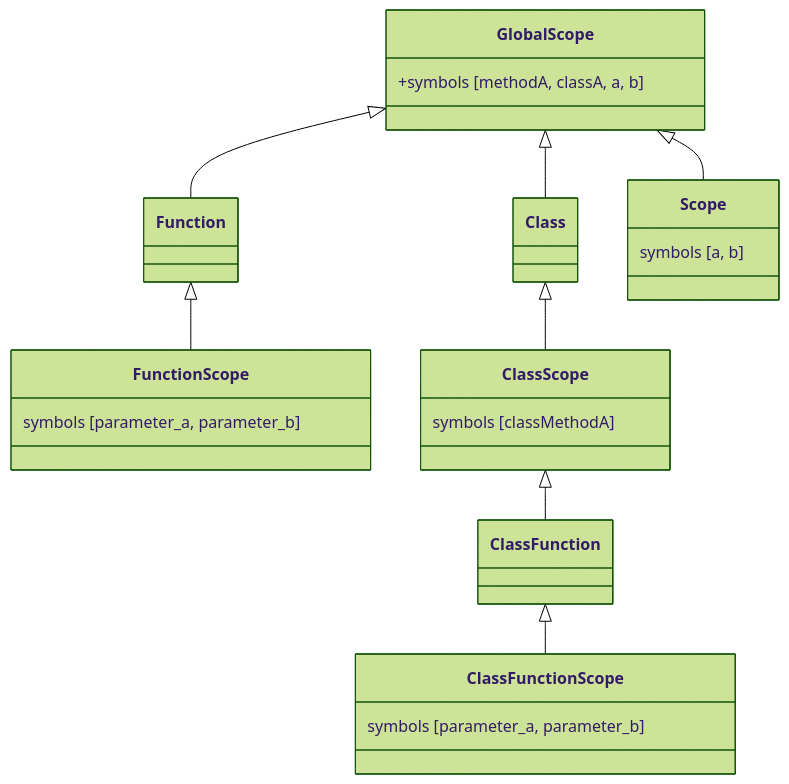
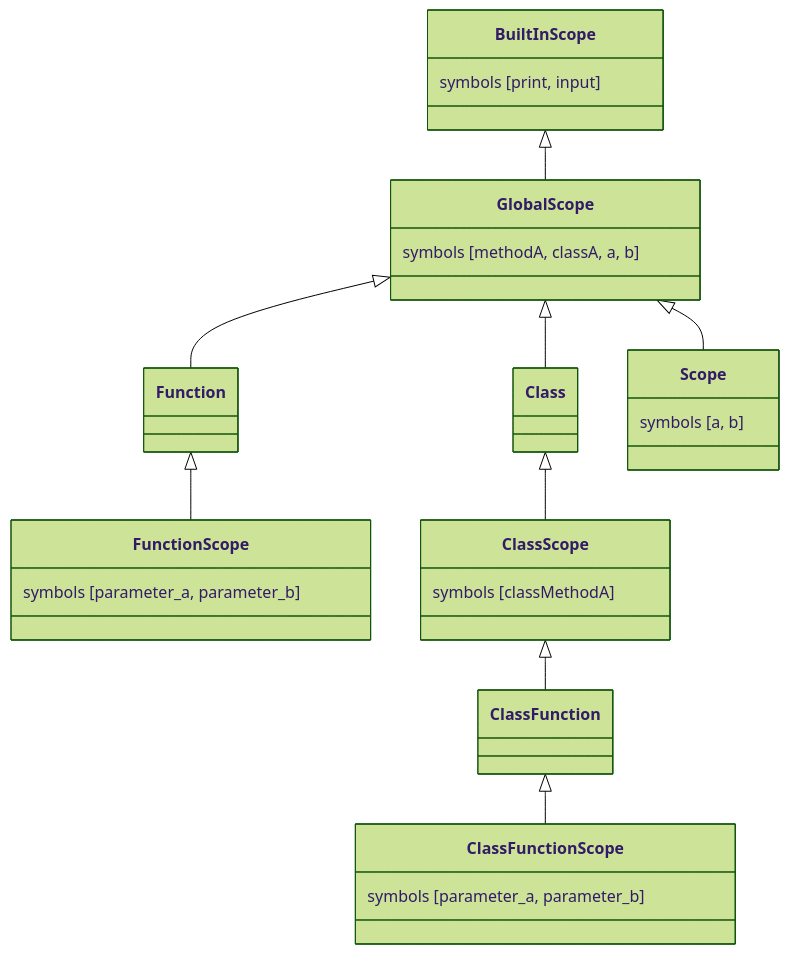
One commit to Hueppy/minipython changed the third of 3 diagrams in doc/presentation.md. Above: the diagram before and after it, drawn with Mermaid (forest theme). The commit also changed other lines of this file, not shown here.

````diff
--- a/doc/presentation.md
+++ b/doc/presentation.md
@@ -87,32 +89,36 @@
 ```mermaid
 classDiagram
+    BuiltInScope <|-- GlobalScope
     GlobalScope <|-- Function
     GlobalScope <|-- Class
     GlobalScope <|-- Scope
     Function <|-- FunctionScope
     Class <|-- ClassScope
     ClassFunction <|-- ClassFunctionScope
     ClassScope <|-- ClassFunction
     class GlobalScope {
-        +symbols [methodA, classA, a, b]
+        symbols [methodA, classA, a, b]
+    }
+    class BuiltInScope {
+        symbols [print, input]
     }
     class Function{
     }
     class FunctionScope{
         symbols [parameter_a, parameter_b]
     }
     class Class{
     }
     class ClassScope{
         symbols [classMethodA]
     }
     class ClassFunction {
     
     }
     class ClassFunctionScope{
         symbols [parameter_a, parameter_b]
     }
     class Scope{
         symbols [a, b]
     }
 ```
````
